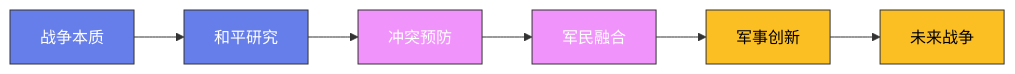
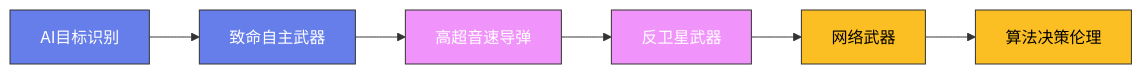
The diagram in content/posts/ModelCreate/军事史/20-未来战争.md (Fengur/Fengur.github.io), drawn with Mermaid before and after one commit. The commit also changed 28 other files, not shown here.

````diff
--- a/content/posts/ModelCreate/军事史/20-未来战争.md
+++ b/content/posts/ModelCreate/军事史/20-未来战争.md
@@ -37,16 +37,16 @@
 ```mermaid
 graph LR
-    A["战争本质"] --> B["和平研究"]
-    B --> C["冲突预防"]
-    C --> D["军民融合"]
-    D --> E["军事创新"]
-    E --> F["未来战争"]
+    A["AI目标识别"] --> B["致命自主武器"]
+    B --> C["高超音速导弹"]
+    C --> D["反卫星武器"]
+    D --> E["网络武器"]
+    E --> F["算法决策伦理"]
 
     classDef early fill:#667eea,stroke:#333,color:white
     classDef mid fill:#f093fb,stroke:#333,color:white
     classDef modern fill:#fbbf24,stroke:#333,color:black
 
     class A,B early
     class C,D mid
     class E,F modern
 ```
````
